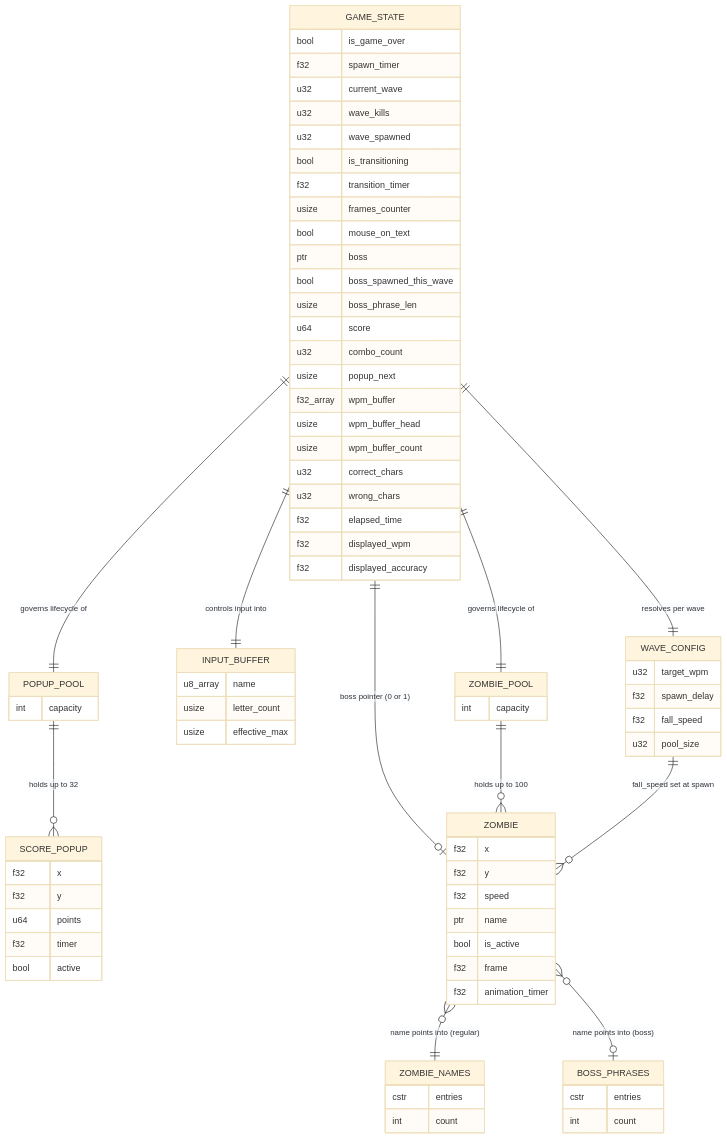
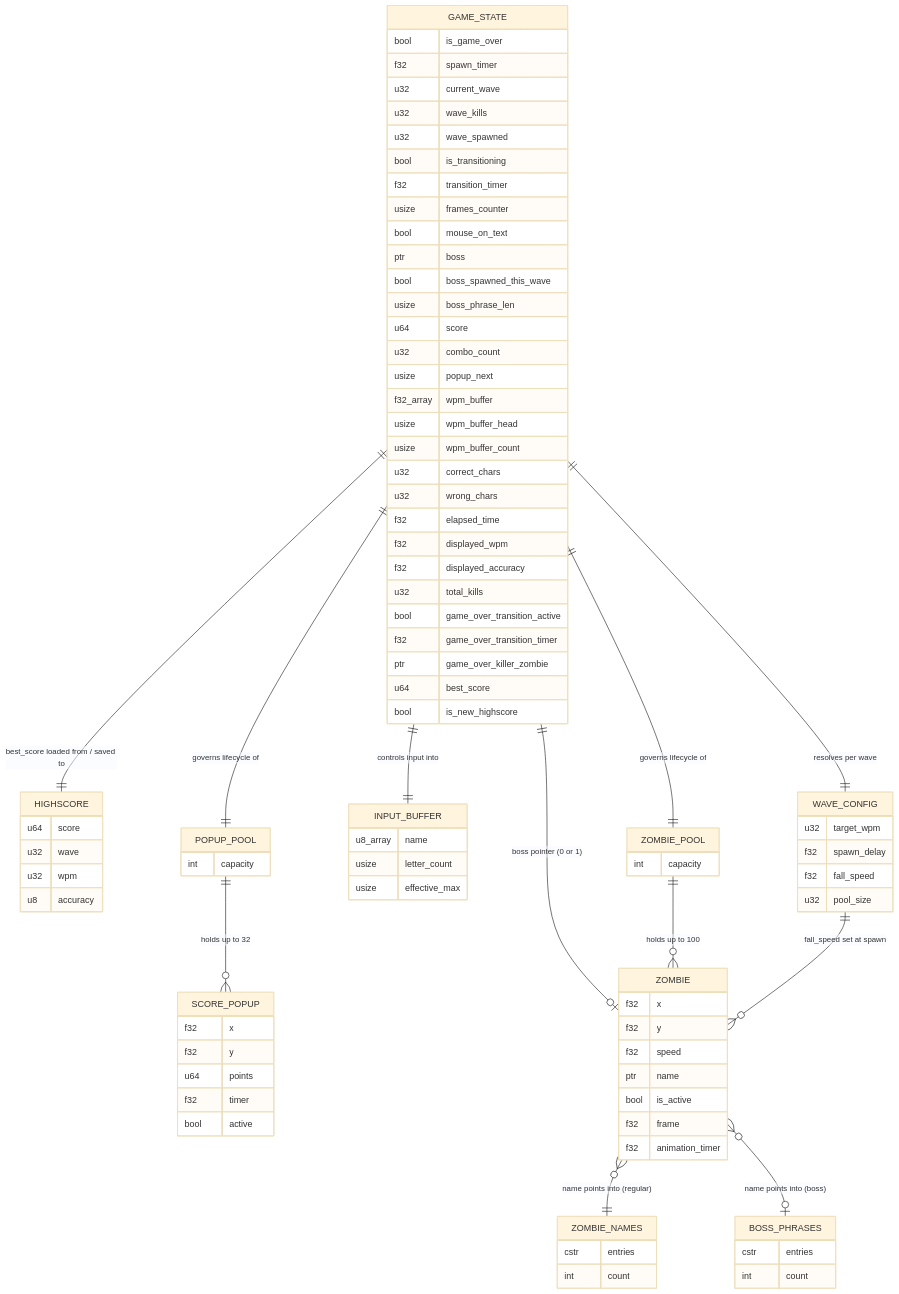
The first of 3 diagrams in specs/specifications/data-model.md (bfernandez31/death-note), drawn with Mermaid (base theme) before and after one commit. The commit also changed other lines of this file and 2 other files, not shown here.

```diff
--- a/specs/specifications/data-model.md
+++ b/specs/specifications/data-model.md
@@ -69,6 +71,19 @@
         f32 elapsed_time
         f32 displayed_wpm
         f32 displayed_accuracy
+        u32 total_kills
+        bool game_over_transition_active
+        f32 game_over_transition_timer
+        ptr game_over_killer_zombie
+        u64 best_score
+        bool is_new_highscore
+    }
+
+    HIGHSCORE {
+        u64 score
+        u32 wave
+        u32 wpm
+        u8 accuracy
     }
 
     SCORE_POPUP {
@@ -125,6 +140,7 @@
     GAME_STATE ||--|| WAVE_CONFIG : "resolves per wave"
     GAME_STATE ||--o| ZOMBIE : "boss pointer (0 or 1)"
     GAME_STATE ||--|| POPUP_POOL : "governs lifecycle of"
+    GAME_STATE ||--|| HIGHSCORE : "best_score loaded from / saved to"
     ZOMBIE_POOL ||--o{ ZOMBIE : "holds up to 100"
     ZOMBIE }o--|| ZOMBIE_NAMES : "name points into (regular)"
     ZOMBIE }o--o| BOSS_PHRASES : "name points into (boss)"
```
